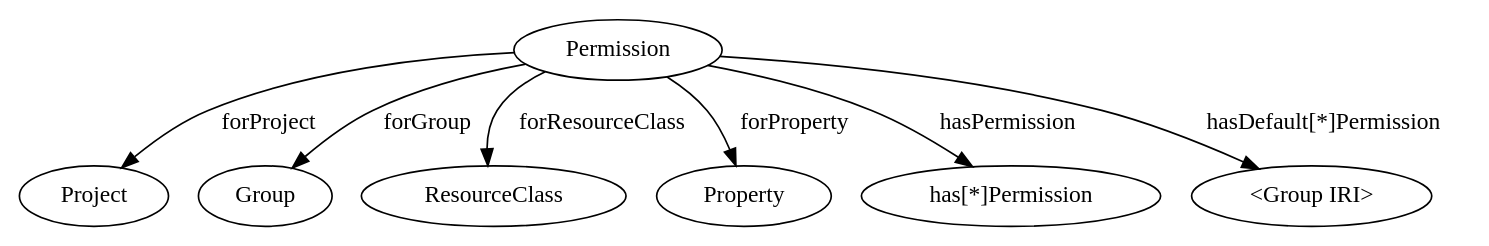
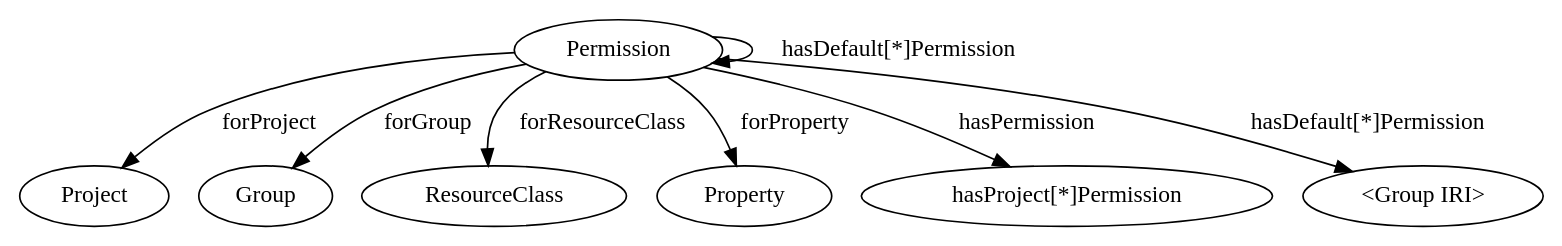
The fourth of 4 diagrams in docs/rst/knora-api-server/design-documentation/administration.rst (dasch-swiss/dsp-api), drawn with Graphviz before and after one commit. The commit also changed other lines of this file and 1 other file, not shown here.

```diff
--- a/docs/rst/knora-api-server/design-documentation/administration.rst
+++ b/docs/rst/knora-api-server/design-documentation/administration.rst
@@ -286,10 +380,11 @@
 .. graphviz::
 
    digraph permissions {
      "Permission" -> "Project" [ label="forProject" ];
      "Permission" -> "Group" [ label="forGroup" ];
      "Permission" -> "ResourceClass" [ label="forResourceClass" ];
      "Permission" -> "Property" [ label="forProperty" ];
-     "Permission" -> "has[*]Permission" [ label="hasPermission" ];
-     "Permission" -> "<Group IRI>" [ label="hasDefault[*]Permission"]
+     "Permission" -> "hasProject[*]Permission" [ label="hasPermission" ];
+     "Permission" -> 
+     "Permission" -> "<Group IRI>" [ label="hasDefault[*]Permission"];
    }
```
